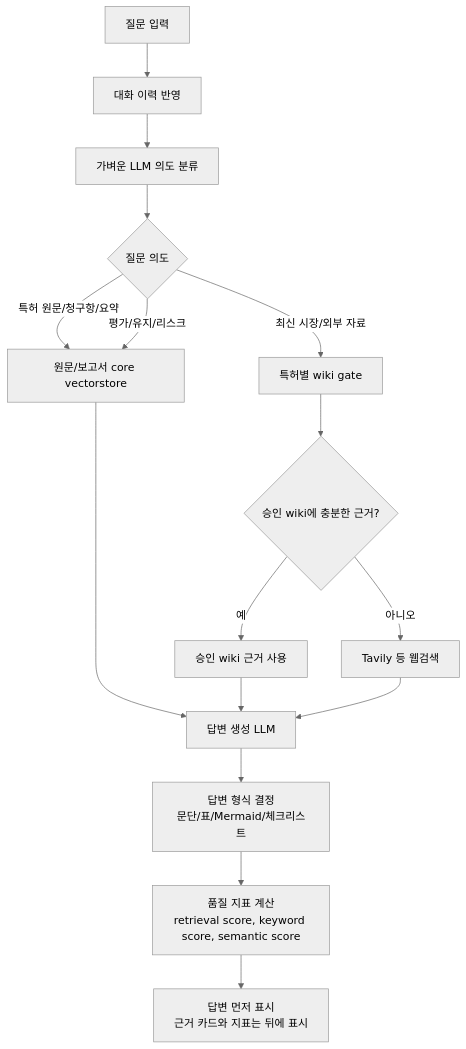
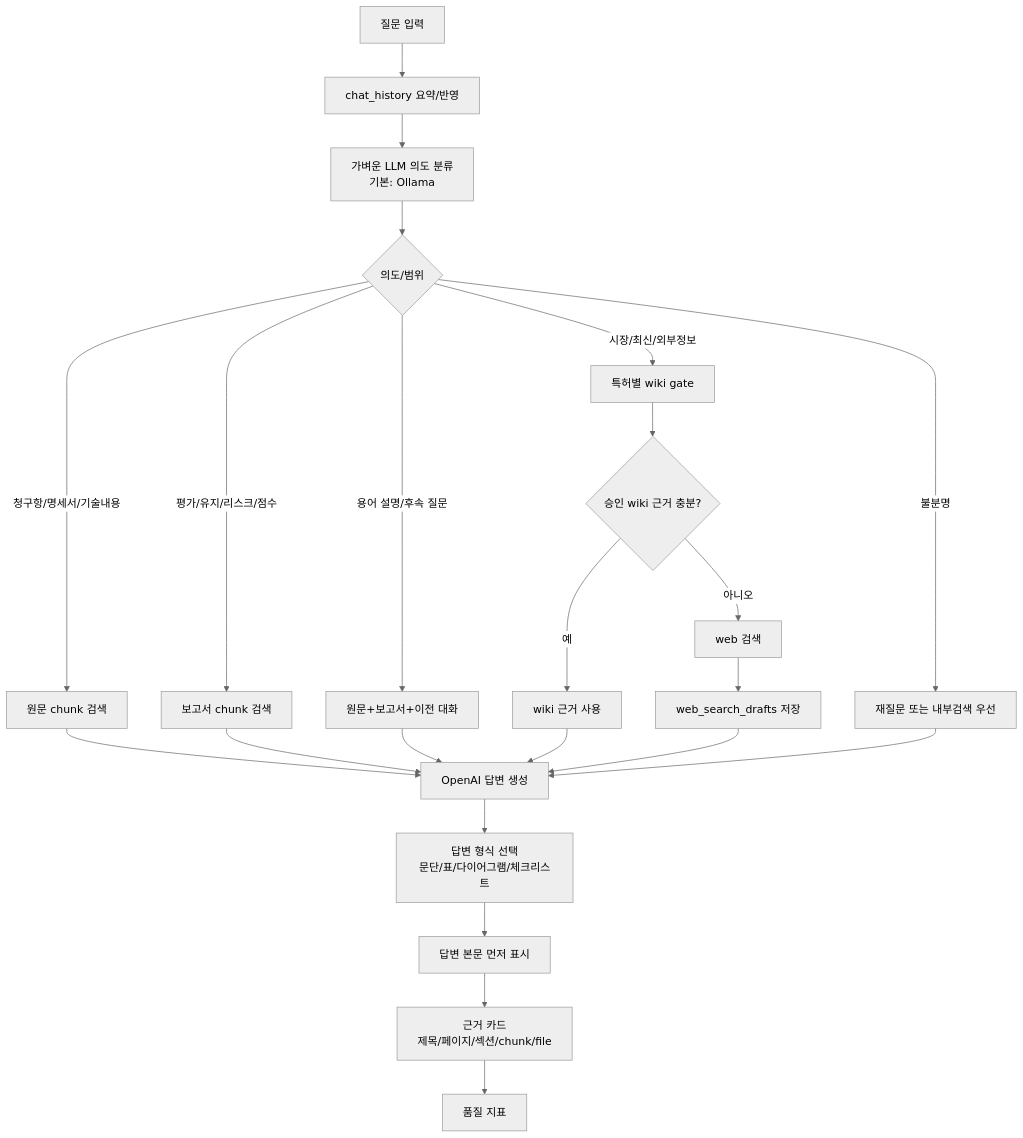
The second of 4 diagrams in chatbot/docs/CHATBOT_ARCHITECTURE_AND_USAGE.md (skipers/skipa-ai-server), drawn with Mermaid (neutral theme) before and after one commit. The commit also changed other lines of this file and 11 other files, not shown here.

Commit message:
docs: align chatbot and eval architecture guides

````diff
--- a/chatbot/docs/CHATBOT_ARCHITECTURE_AND_USAGE.md
+++ b/chatbot/docs/CHATBOT_ARCHITECTURE_AND_USAGE.md
@@ -45,21 +124,27 @@
 ```mermaid
 flowchart TD
-  Q[질문 입력] --> H[대화 이력 반영]
-  H --> R[가벼운 LLM 의도 분류]
-  R --> D{질문 의도}
+  Q[질문 입력] --> H[chat_history 요약/반영]
+  H --> I[가벼운 LLM 의도 분류<br/>기본: Ollama]
+  I --> C{의도/범위}
+  C -->|청구항/명세서/기술내용| CORE[원문 chunk 검색]
+  C -->|평가/유지/리스크/점수| REPORT[보고서 chunk 검색]
+  C -->|용어 설명/후속 질문| MIX[원문+보고서+이전 대화]
+  C -->|시장/최신/외부정보| WIKI[특허별 wiki gate]
+  C -->|불분명| CLARIFY[재질문 또는 내부검색 우선]
 
-  D -->|특허 원문/청구항/요약| CORE[원문/보고서 core vectorstore]
-  D -->|평가/유지/리스크| CORE
-  D -->|최신 시장/외부 자료| WG[특허별 wiki gate]
+  WIKI --> WS{승인 wiki 근거 충분?}
+  WS -->|예| WANS[wiki 근거 사용]
+  WS -->|아니오| WEB[web 검색]
+  WEB --> DRAFT[web_search_drafts 저장]
 
-  WG --> S{승인 wiki에 충분한 근거?}
-  S -->|예| WIKI[승인 wiki 근거 사용]
-  S -->|아니오| WEB[Tavily 등 웹검색]
-
-  CORE --> A[답변 생성 LLM]
-  WIKI --> A
-  WEB --> A
-  A --> F[답변 형식 결정<br/>문단/표/Mermaid/체크리스트]
-  F --> M[품질 지표 계산<br/>retrieval score, keyword score, semantic score]
-  M --> C[답변 먼저 표시<br/>근거 카드와 지표는 뒤에 표시]
+  CORE --> GEN[OpenAI 답변 생성]
+  REPORT --> GEN
+  MIX --> GEN
+  WANS --> GEN
+  DRAFT --> GEN
+  CLARIFY --> GEN
+  GEN --> FORMAT[답변 형식 선택<br/>문단/표/다이어그램/체크리스트]
+  FORMAT --> OUT[답변 본문 먼저 표시]
+  OUT --> SRC[근거 카드<br/>제목/페이지/섹션/chunk/file]
+  SRC --> SCORE[품질 지표]
 ```
````
